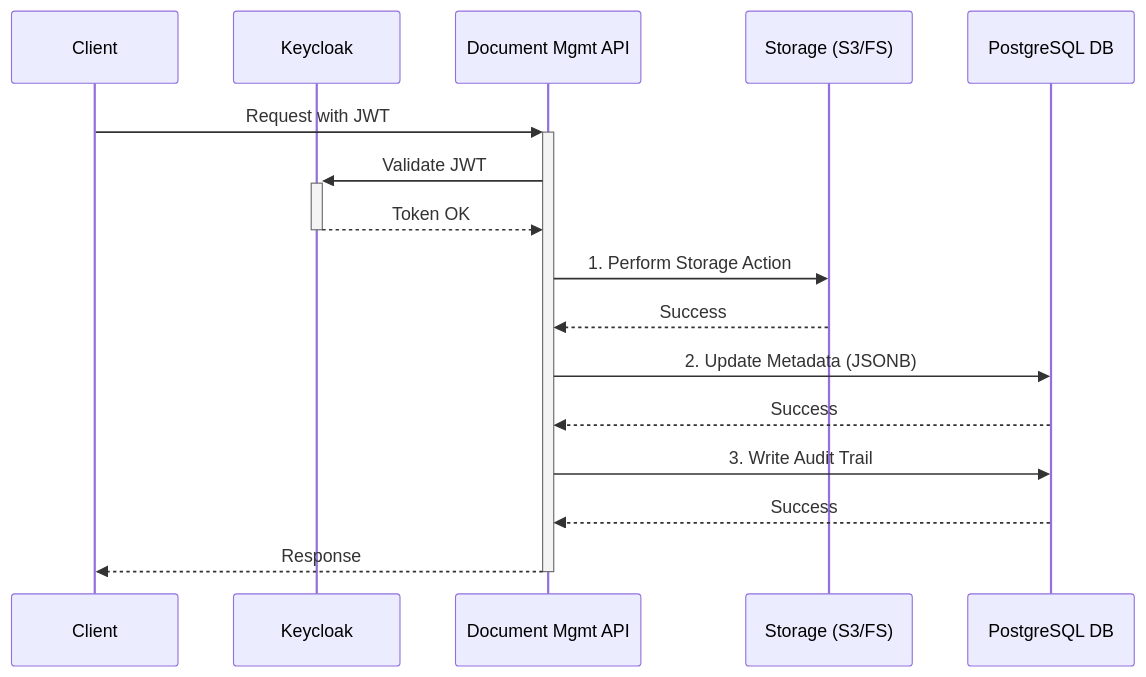
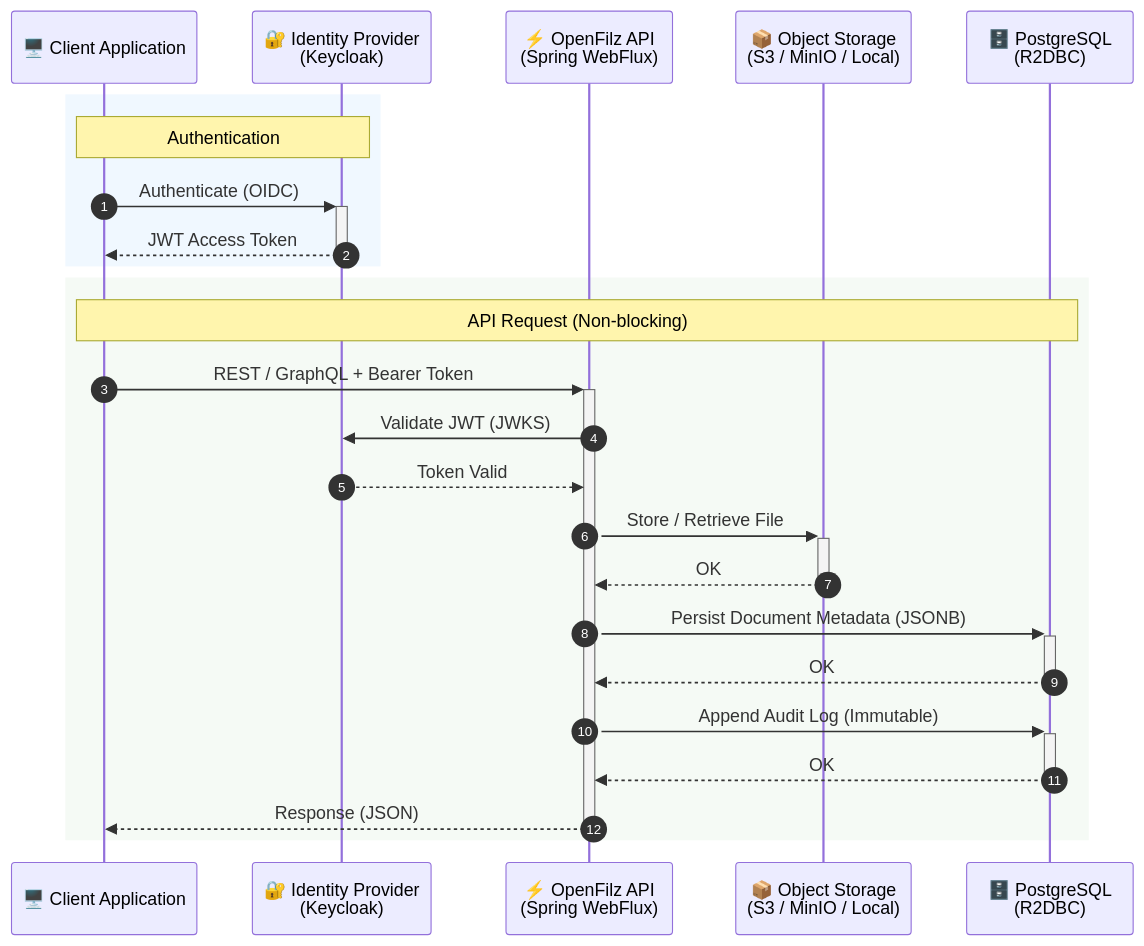
One commit to openfilz/openfilz-core changed the diagram in README.md. Above: the diagram before and after it, drawn with Mermaid. The commit also changed other lines of this file and 2 other files, not shown here.

````diff
--- a/README.md
+++ b/README.md
@@ -144,19 +291,33 @@
 ```mermaid
 sequenceDiagram
-    participant C as Client
-    participant KC as Keycloak
-    participant API as Document Mgmt API
-    participant S as Storage (S3/FS)
-    participant DB as PostgreSQL DB
+    autonumber
+    participant Client as 🖥️ Client Application
+    participant Gateway as 🔐 Identity Provider<br/>(Keycloak)
+    participant API as ⚡ OpenFilz API<br/>(Spring WebFlux)
+    participant Storage as 📦 Object Storage<br/>(S3 / MinIO / Local)
+    participant DB as 🗄️ PostgreSQL<br/>(R2DBC)
 
-    C->>+API: Request with JWT
-    API->>+KC: Validate JWT
-    KC-->>-API: Token OK
-    API->>S: 1. Perform Storage Action
-    S-->>API: Success
-    API->>DB: 2. Update Metadata (JSONB)
-    DB-->>API: Success
-    API->>DB: 3. Write Audit Trail
-    DB-->>API: Success
-    API-->>-C: Response
+    rect rgb(240, 248, 255)
+        Note over Client, Gateway: Authentication
+        Client->>+Gateway: Authenticate (OIDC)
+        Gateway-->>-Client: JWT Access Token
+    end
+
+    rect rgb(245, 250, 245)
+        Note over Client, DB: API Request (Non-blocking)
+        Client->>+API: REST / GraphQL + Bearer Token
+        API->>Gateway: Validate JWT (JWKS)
+        Gateway-->>API: Token Valid
+
+        API->>+Storage: Store / Retrieve File
+        Storage-->>-API: OK
+
+        API->>+DB: Persist Document Metadata (JSONB)
+        DB-->>-API: OK
+
+        API->>+DB: Append Audit Log (Immutable)
+        DB-->>-API: OK
+
+        API-->>-Client: Response (JSON)
+    end
 ```
````
